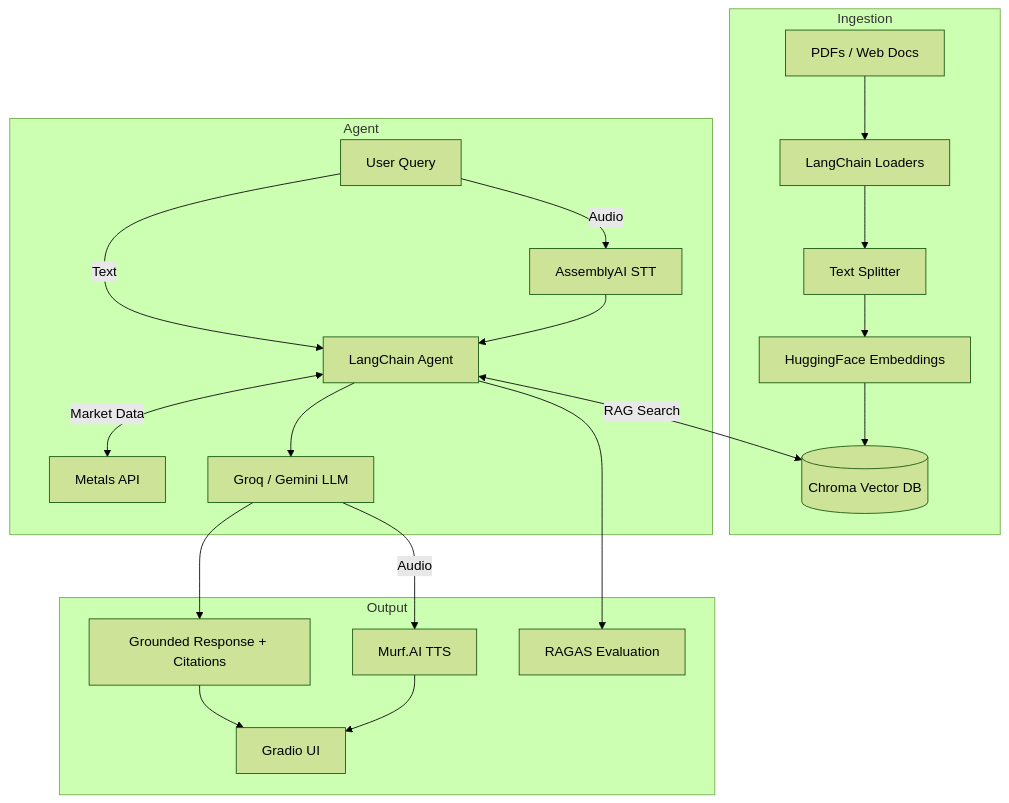
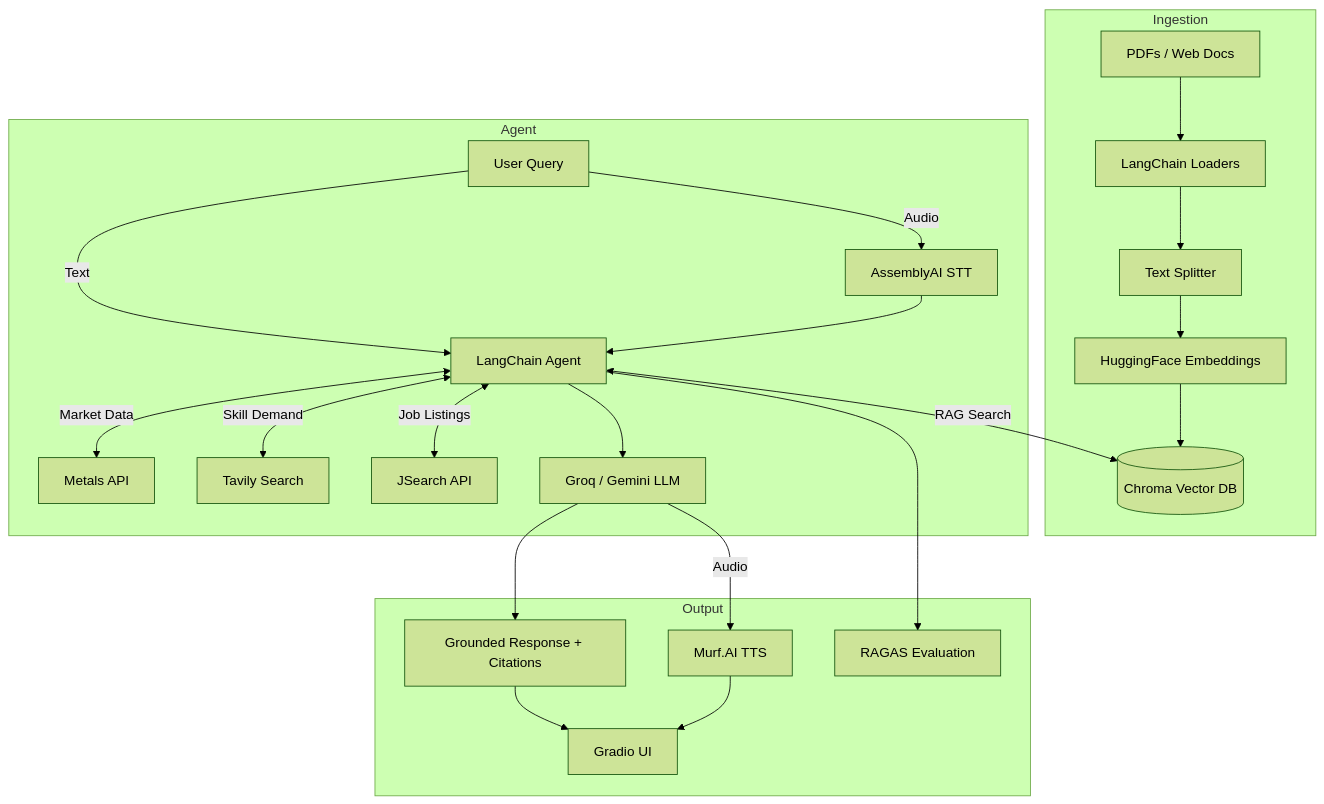
The diagram in README.md (charansridev/AI-Agents), drawn with Mermaid (forest theme) before and after one commit. The commit also changed other lines of this file and 1 other file, not shown here.

Commit message:
Add SkillMap Agent and update README with skill-to-career mapping details

````diff
--- a/README.md
+++ b/README.md
@@ -104,26 +125,28 @@
 ```mermaid
 flowchart TD
     subgraph Ingestion
         A[PDFs / Web Docs] --> B[LangChain Loaders]
         B --> C[Text Splitter]
         C --> D[HuggingFace Embeddings]
         D --> E[(Chroma Vector DB)]
     end
 
     subgraph Agent
         F[User Query] -->|Audio| G[AssemblyAI STT]
         F -->|Text| H[LangChain Agent]
         G --> H
         H <-->|RAG Search| E
         H <-->|Market Data| I[Metals API]
+        H <-->|Skill Demand| P[Tavily Search]
+        H <-->|Job Listings| Q[JSearch API]
         H --> J[Groq / Gemini LLM]
     end
 
     subgraph Output
         J --> K[Grounded Response + Citations]
         J -->|Audio| L[Murf.AI TTS]
         K --> M[Gradio UI]
         L --> M
         H --> N[RAGAS Evaluation]
     end
 ```
````
